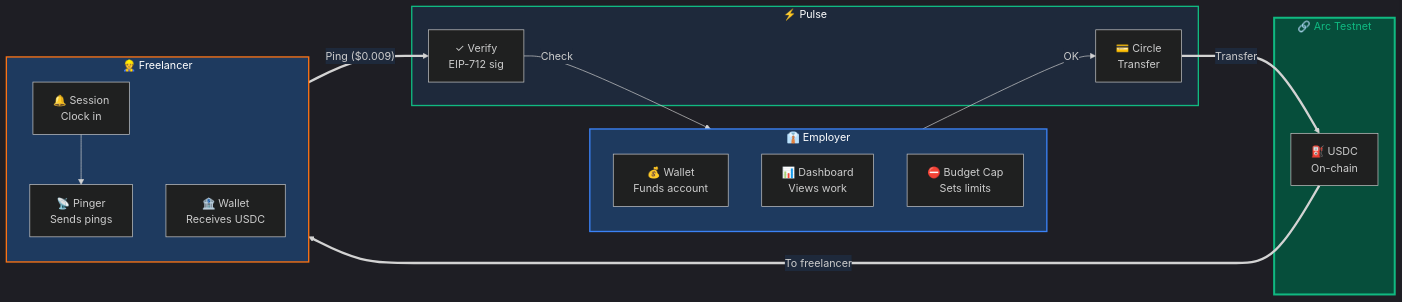
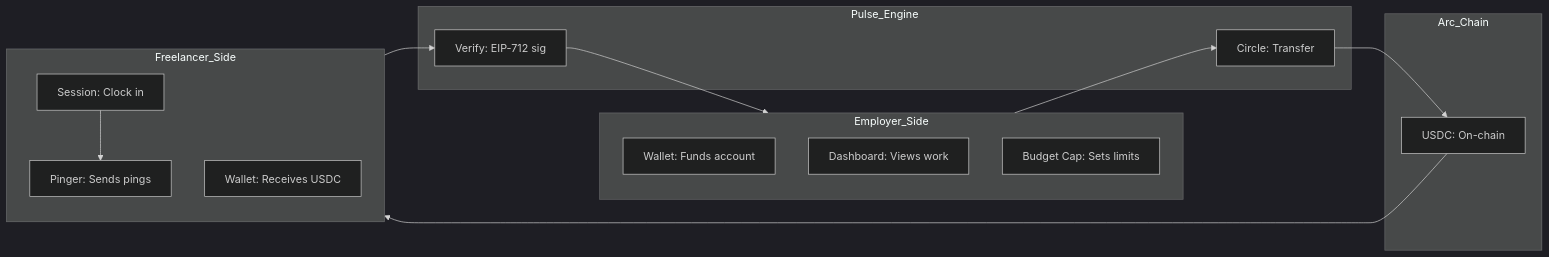
One commit to Shikhyy/Pulse changed the first of 3 diagrams in README.md. Above: the diagram before and after it, drawn with Mermaid. The commit also changed other lines of this file, not shown here.

Commit message:
Fix README: simplify Mermaid diagrams for GitHub rendering

````diff
--- a/README.md
+++ b/README.md
@@ -51,57 +51,33 @@
 ```mermaid
-%%{
-  init: {
-    'theme': 'dark',
-    'themeVariables': {
-      'darkMode': true,
-      'primaryColor': '#10b981',
-      'edgeLabelBackground': '#1e293b',
-      'tertiaryColor': '#334155'
-    },
-    ' flowchart': {
-      'curve': 'basis',
-      'padding': 20
-    }
-  }
-}%%
+%%{init: {'theme': 'dark', 'themeVariables': {'darkMode': true}}}%%
 flowchart LR
-    subgraph Employer_Side["👔 Employer"]
+    subgraph Employer_Side
         direction TB
-        E1["💰 Wallet\nFunds account"]
-        E2["📊 Dashboard\nViews work"]
-        E3["⛔ Budget Cap\nSets limits"]
+        E1["Wallet: Funds account"]
+        E2["Dashboard: Views work"]
+        E3["Budget Cap: Sets limits"]
     end
     
-    subgraph Freelancer_Side["👷 Freelancer"]
+    subgraph Freelancer_Side
         direction TB
-        F1["🔔 Session\nClock in"]
-        F2["📡 Pinger\nSends pings"]
-        F3["🏦 Wallet\nReceives USDC"]
+        F1["Session: Clock in"]
+        F2["Pinger: Sends pings"]
+        F3["Wallet: Receives USDC"]
     end
     
-    subgraph Pulse_Engine["⚡ Pulse"]
-        P1["✓ Verify\nEIP-712 sig"]
-        P2["💳 Circle\nTransfer"]
+    subgraph Pulse_Engine
+        P1["Verify: EIP-712 sig"]
+        P2["Circle: Transfer"]
     end
     
-    subgraph Arc_Chain["🔗 Arc Testnet"]
-        A["⛽ USDC\nOn-chain"]
+    subgraph Arc_Chain
+        A["USDC: On-chain"]
     end
     
     F1 --> F2
-    F2 ==Ping ($0.009)==> P1
-    P1 -->|Check| E3
-    E3 -->|OK| P2
-    P2 ==Transfer==> A
-    A ==To freelancer==> F3
-    
-    classDef employer fill:#1e3a5f,stroke:#3b82f6,color:#fff,stroke-width:2px
-    classDef freelancer fill:#1e3a5f,stroke:#f97316,color:#fff,stroke-width:2px
-    classDef engine fill:#1e293b,stroke:#10b981,color:#fff,stroke-width:2px
-    classDef chain fill:#064e3b,stroke:#10b981,color:#10b981,stroke-width:3px
-    
-    class Employer_Side employer
-    class Freelancer_Side freelancer
-    class Pulse_Engine engine
-    class Arc_Chain chain
+    F2 --> P1
+    P1 --> E3
+    E3 --> P2
+    P2 --> A
+    A --> F3
 ```
````
